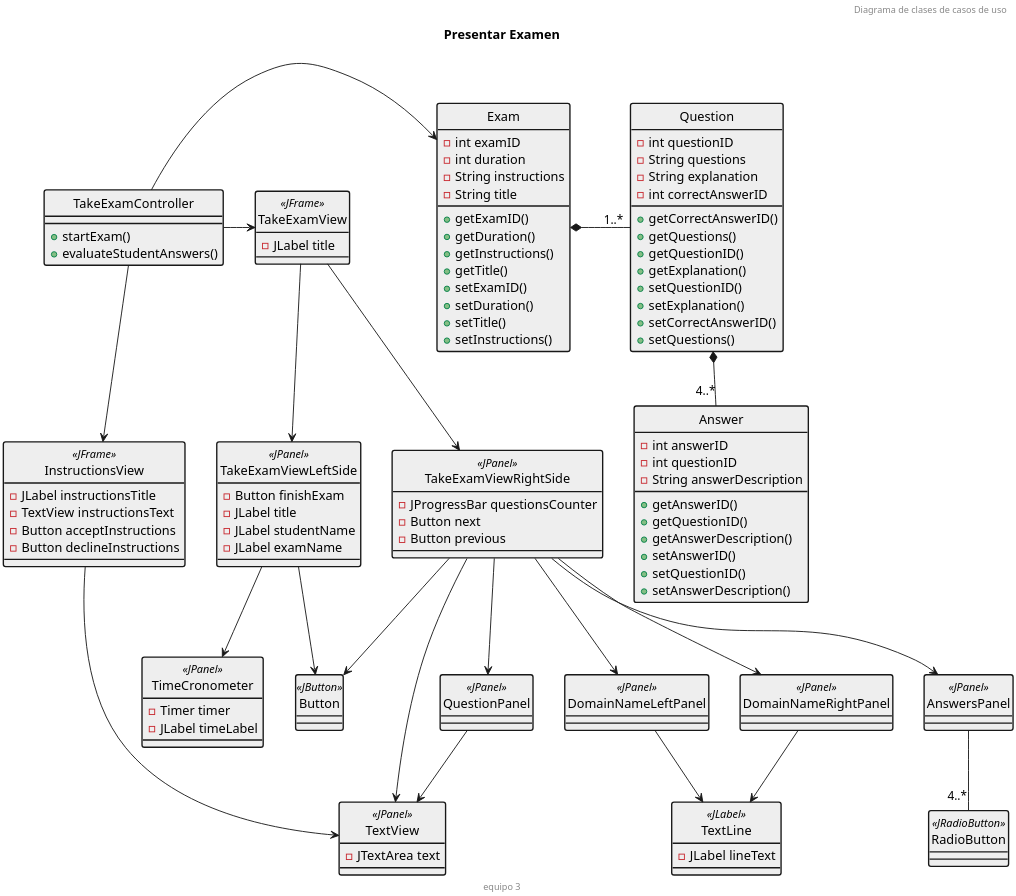
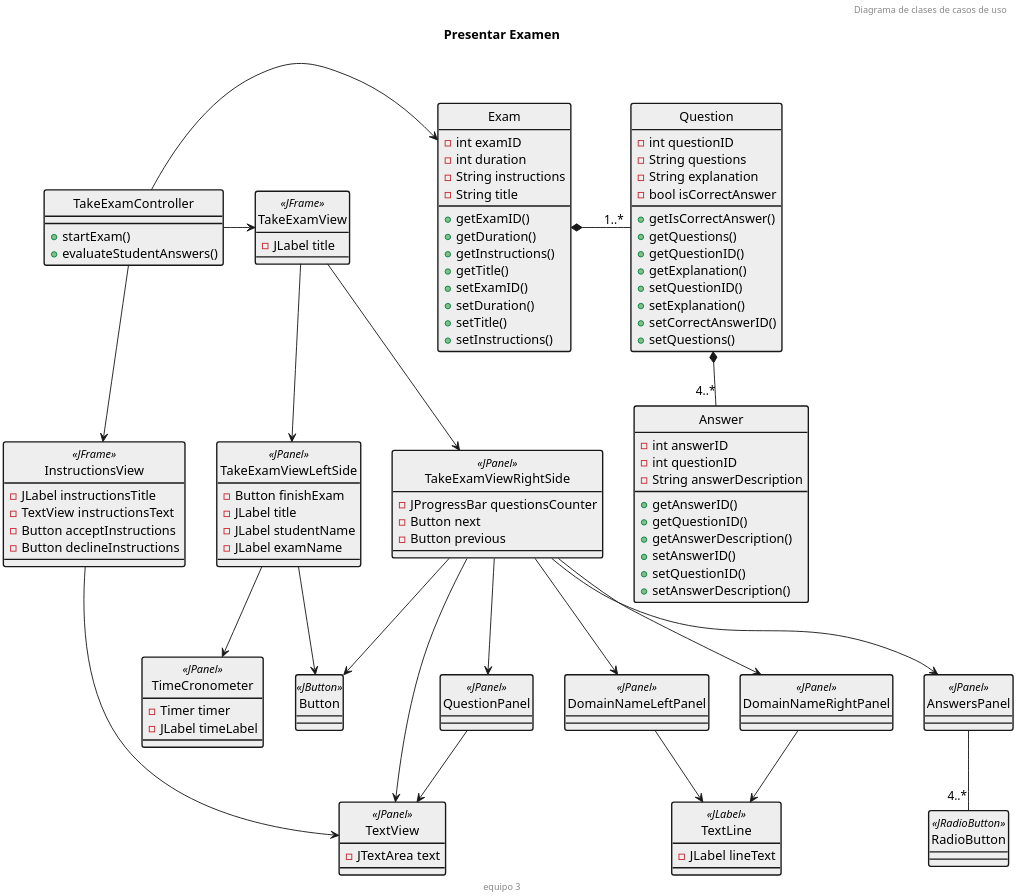
Before and after one commit to febres35/EdTech_IS: the diagram in diagramaClasesDeDiseño.plantuml, drawn with PlantUML.

Commit message:
Agregado atributo booleano de respuesta correcta

```diff
--- a/diagramaClasesDeDiseño.plantuml
+++ b/diagramaClasesDeDiseño.plantuml
@@ -1,138 +1,138 @@
 @startuml "Diagrama de clases"
 header Diagrama de clases de casos de uso
 title  Presentar Examen 
 footer equipo 3
 
 skinparam style strictuml
 skinparam ClassBackGroundColor EEEEEE
 skinparam ClassBorderThickness 1.5
 skinparam dpi 300
 
 class InstructionsView <<JFrame>>{
     -JLabel instructionsTitle
     -TextView instructionsText
     -Button acceptInstructions
     -Button declineInstructions
 }
 
 class Button <<JButton>>{
 }
 
 class RadioButton <<JRadioButton>>{    
 }
 
 class TextView <<JPanel>>{
     -JTextArea text
 }
 
 class TextLine <<JLabel>>{
     -JLabel lineText
 }
 
 class TakeExamController{    
     +startExam()
     +evaluateStudentAnswers()
 }
 
 class TakeExamView <<JFrame>>{ 
     -JLabel title   
 }
 
 class TakeExamViewLeftSide <<JPanel>>{
     -Button finishExam
     -JLabel title
     -JLabel studentName
     -JLabel examName
 
 }
 
 class TimeCronometer <<JPanel>>{
     -Timer timer
     -JLabel timeLabel
 }
 
 class TakeExamViewRightSide <<JPanel>>{
     -JProgressBar questionsCounter
     -Button next
     -Button previous
 }
 
 class DomainNameLeftPanel<<JPanel>>{
 }
 
 class DomainNameRightPanel<<JPanel>>{
 }
 
 class QuestionPanel <<JPanel>>{
     
 }
 
 class AnswersPanel <<JPanel>>{
 
 }
 
 class Exam{
     -int examID
     -int duration
     -String instructions
     -String title
     +getExamID()
     +getDuration()
     +getInstructions()
     +getTitle()
     +setExamID()
     +setDuration()
     +setTitle()
     +setInstructions()
 }
 
 class Question{
     -int questionID
     -String questions
     -String explanation
-    -int correctAnswerID
-    +getCorrectAnswerID()
+    -bool isCorrectAnswer
+    +getIsCorrectAnswer()
     +getQuestions()
     +getQuestionID()
     +getExplanation()
     +setQuestionID()
     +setExplanation()
     +setCorrectAnswerID()
     +setQuestions()
 }
 
 class Answer{
     -int answerID
     -int questionID
     -String answerDescription
     +getAnswerID()
     +getQuestionID()
     +getAnswerDescription()
     +setAnswerID()
     +setQuestionID()
     +setAnswerDescription() 
 }
 
 TakeExamController->Exam
 TakeExamController-down->InstructionsView
 InstructionsView-->TextView
 TakeExamController->TakeExamView
 TakeExamView-->TakeExamViewLeftSide
 TakeExamView-->TakeExamViewRightSide
 TakeExamViewRightSide-->TextView
 TakeExamViewRightSide-->QuestionPanel
 TakeExamViewRightSide-->AnswersPanel
 TakeExamViewRightSide-->DomainNameLeftPanel
 TakeExamViewRightSide-->DomainNameRightPanel
 TakeExamViewRightSide-->Button
 TakeExamViewLeftSide-->Button
 TakeExamViewLeftSide-->TimeCronometer
 DomainNameLeftPanel-->TextLine
 DomainNameRightPanel-->TextLine
 QuestionPanel-->TextView
 AnswersPanel--"4..*"RadioButton
 Exam *- "1..*" Question
 Question *-down- "4..*" Answer
 
 
 @enduml
```
